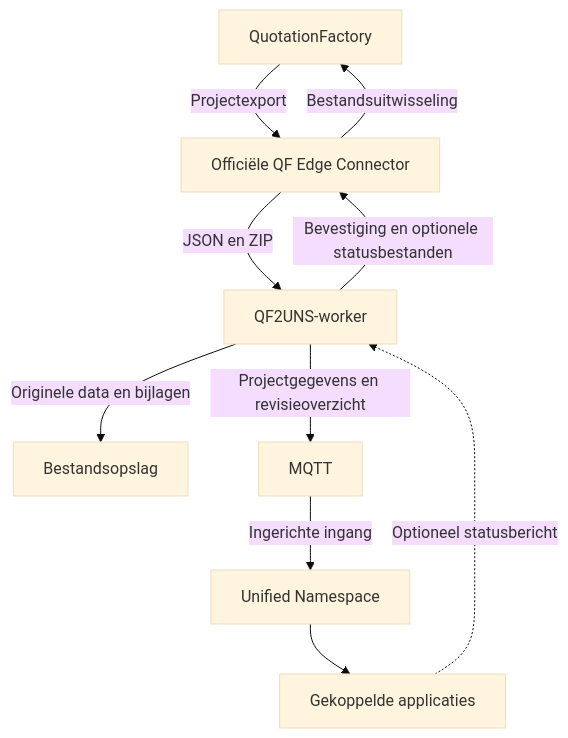
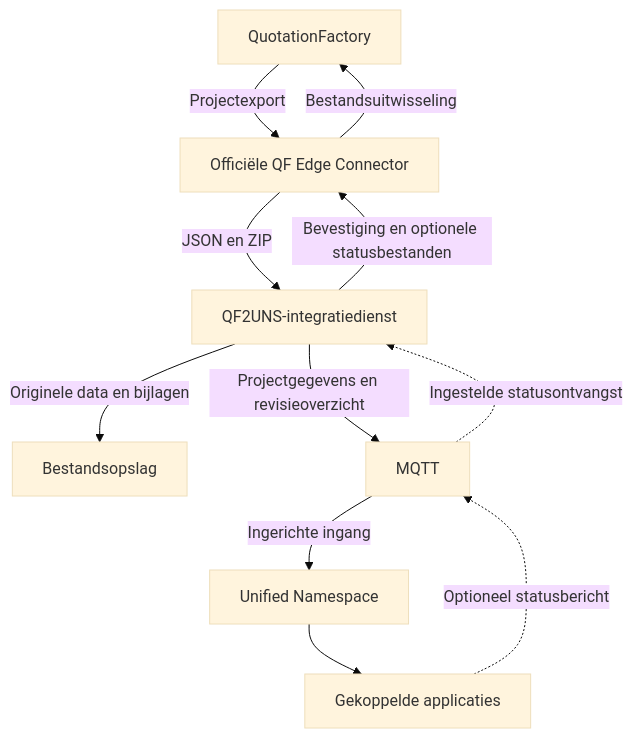
The diagram in nl/qf2uns/overview.mdx (SheetMetalConnect/smc-mintlify), drawn with Mermaid (base theme) before and after one commit. The commit also changed other lines of this file, not shown here.

Commit message:
docs: refine QF2UNS guidance

````diff
--- a/nl/qf2uns/overview.mdx
+++ b/nl/qf2uns/overview.mdx
@@ -12,12 +13,13 @@
 ```mermaid
 flowchart TB
   QF["QuotationFactory"] -->|"Projectexport"| Edge["Officiële QF Edge Connector"]
-  Edge -->|"JSON en ZIP"| Worker["QF2UNS-worker"]
+  Edge -->|"JSON en ZIP"| Worker["QF2UNS-integratiedienst"]
   Worker -->|"Originele data en bijlagen"| Store["Bestandsopslag"]
   Worker -->|"Projectgegevens en revisieoverzicht"| MQTT["MQTT"]
   MQTT -->|"Ingerichte ingang"| UNS["Unified Namespace"]
   UNS --> Consumers["Gekoppelde applicaties"]
-  Consumers -.->|"Optioneel statusbericht"| Worker
+  Consumers -.->|"Optioneel statusbericht"| MQTT
+  MQTT -.->|"Ingestelde statusontvangst"| Worker
   Worker -->|"Bevestiging en optionele statusbestanden"| Edge
   Edge -->|"Bestandsuitwisseling"| QF
 ```
````
